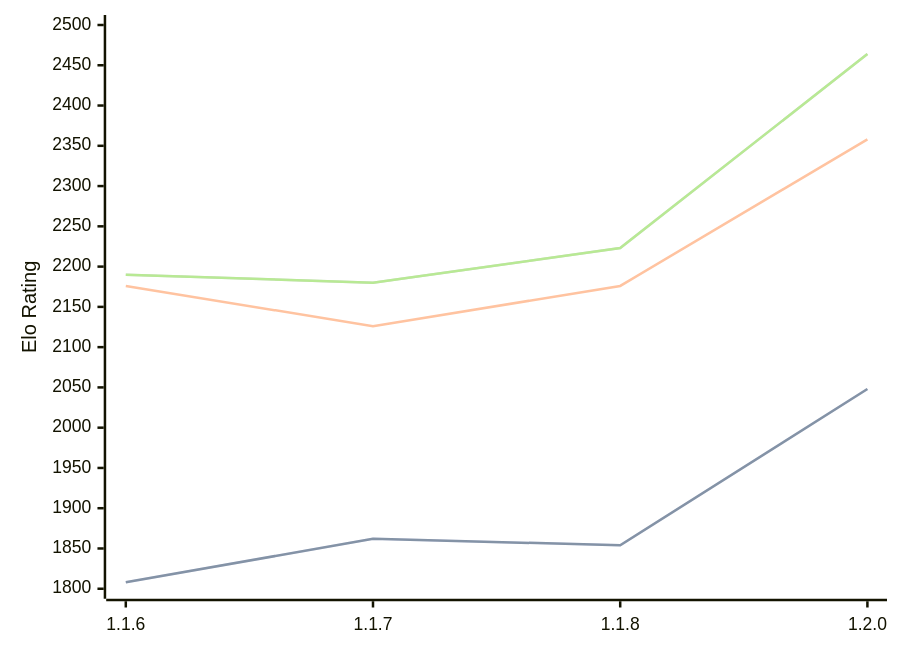
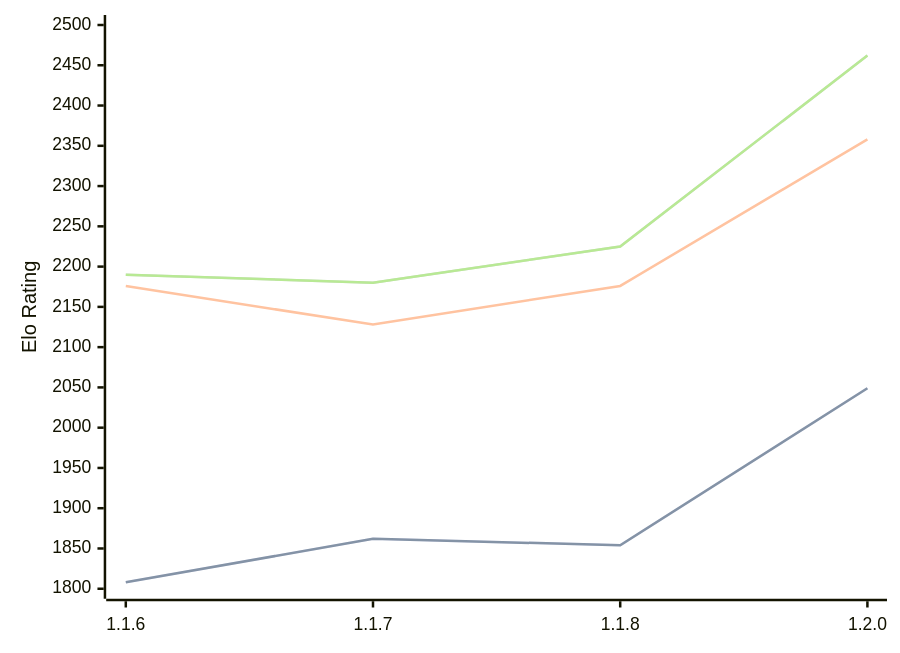
The diagram in engines/Soomi.md (computer-chess-index/cci), drawn with Mermaid before and after one commit. The commit also changed other lines of this file, not shown here.

Commit message:
Update CCI Ratings (ELO VLTC) - 2026-04-12

````diff
--- a/engines/Soomi.md
+++ b/engines/Soomi.md
@@ -34,11 +34,11 @@
 ```mermaid
 %%{init: {"theme":"base","themeVariables":{"seriesColors:['#a3a3a3','#222221','#faa371']}}}%%
 xychart-beta
   x-axis ["1.1.6", "1.1.7", "1.1.8", "1.2.0"]
   y-axis "Elo Rating" 1800 --> 2500
-  line "STC (8.0+0.08s)" [1808, 1862, 1854, 2048]
-  line "STC (8.0+0.08s)" [1808, 1862, 1854, 2048]
-  line "LTC (60.0+0.60s)" [2176, 2126, 2176, 2358]
-  line "VLTC (2m24s+1.12s)" [2190, 2180, 2223, 2464]
-  line "VLTC (2m24s+1.12s)" [2190, 2180, 2223, 2464]
+  line "STC (8.0+0.08s)" [1808, 1862, 1854, 2049]
+  line "STC (8.0+0.08s)" [1808, 1862, 1854, 2049]
+  line "LTC (60.0+0.60s)" [2176, 2128, 2176, 2358]
+  line "VLTC (2m24s+1.12s)" [2190, 2180, 2225, 2462]
+  line "VLTC (2m24s+1.12s)" [2190, 2180, 2225, 2462]
 ```
````
